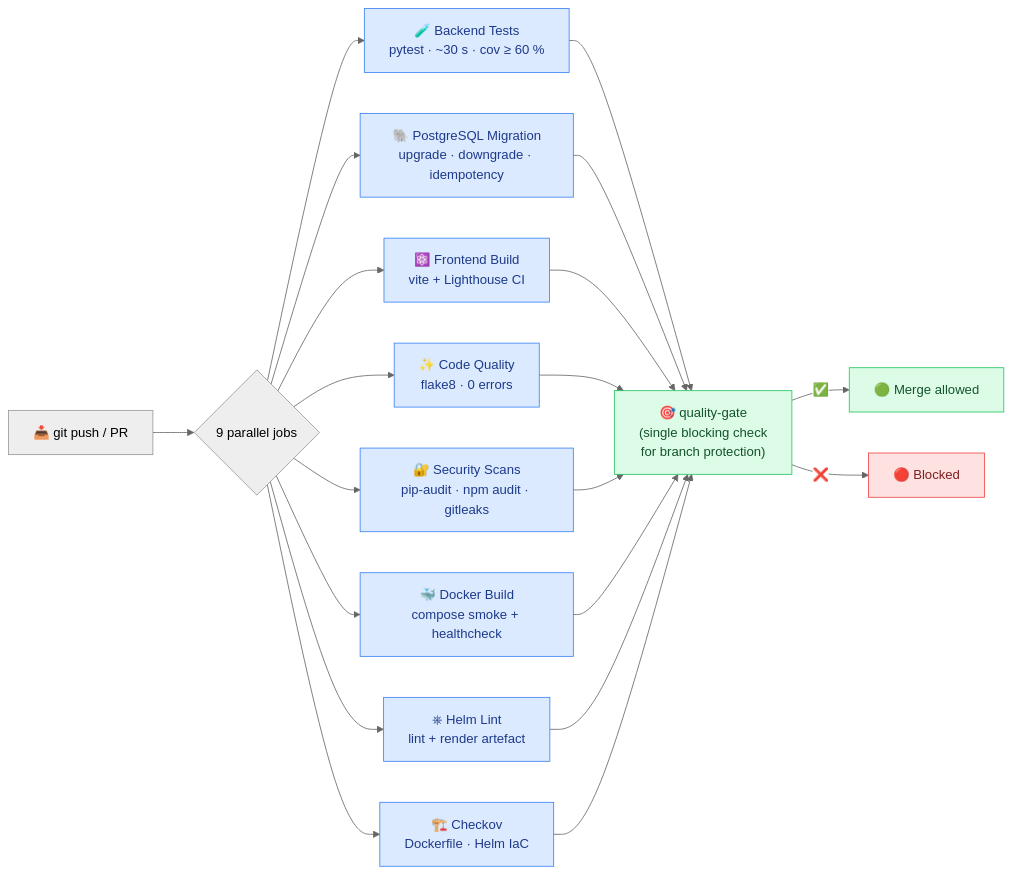
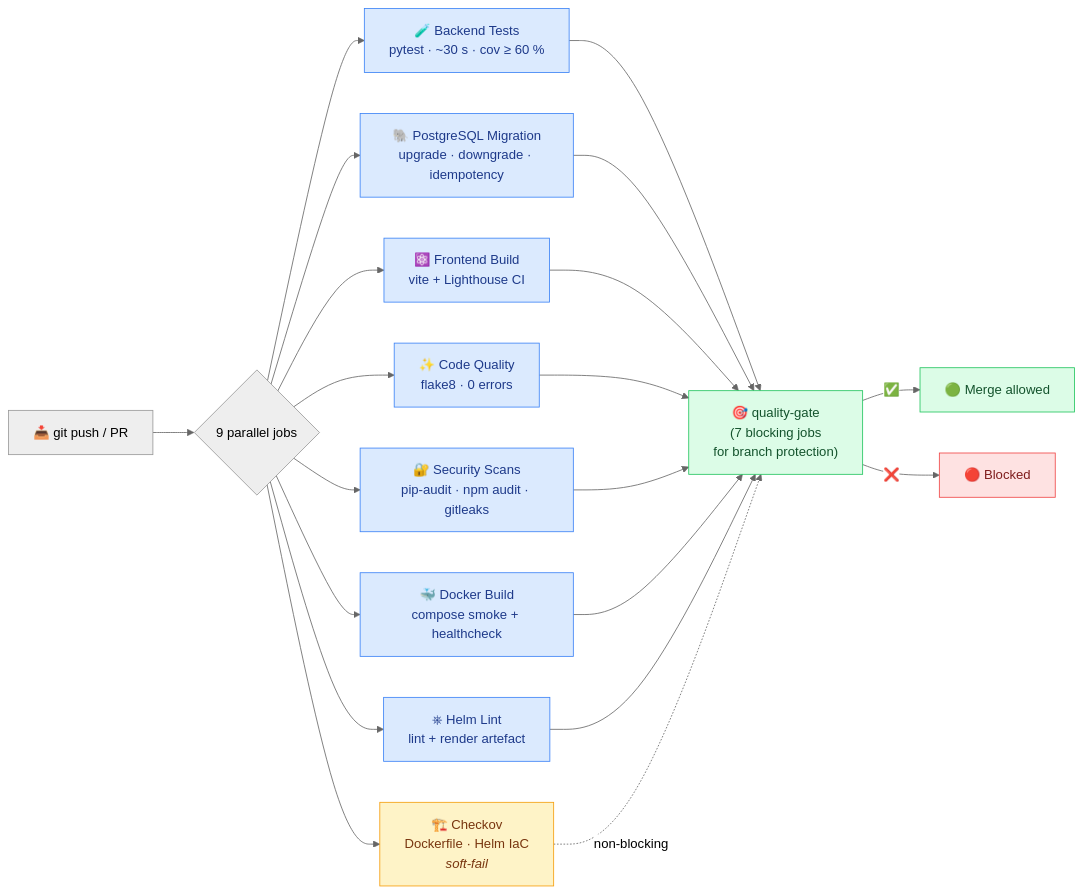
Diagram 16 of 19 in README.md (omarbabba779xx/CyberTwin-SOC), drawn with Mermaid (neutral theme) before and after one commit. The commit also changed other lines of this file and 4 other files, not shown here.

First line of the commit message:
docs: fix audit findings — stale counts, broken favicon, CI diagram accuracy

````diff
--- a/README.md
+++ b/README.md
@@ -1032,24 +1032,27 @@
 ```mermaid
 flowchart LR
     PUSH["📥 git push / PR"] --> JOBS{9 parallel jobs}
 
     JOBS --> J1["🧪 Backend Tests<br/>pytest · ~30 s · cov ≥ 60 %"]
     JOBS --> J2["🐘 PostgreSQL Migration<br/>upgrade · downgrade · idempotency"]
     JOBS --> J3["⚛️ Frontend Build<br/>vite + Lighthouse CI"]
     JOBS --> J4["✨ Code Quality<br/>flake8 · 0 errors"]
     JOBS --> J5["🔐 Security Scans<br/>pip-audit · npm audit · gitleaks"]
     JOBS --> J6["🐳 Docker Build<br/>compose smoke + healthcheck"]
     JOBS --> J7["⎈ Helm Lint<br/>lint + render artefact"]
-    JOBS --> J8["🏗️ Checkov<br/>Dockerfile · Helm IaC"]
+    JOBS --> J8["🏗️ Checkov<br/>Dockerfile · Helm IaC<br/><i>soft-fail</i>"]
 
-    J1 & J2 & J3 & J4 & J5 & J6 & J7 & J8 --> QG["🎯 quality-gate<br/>(single blocking check<br/>for branch protection)"]
+    J1 & J2 & J3 & J4 & J5 & J6 & J7 --> QG["🎯 quality-gate<br/>(7 blocking jobs<br/>for branch protection)"]
+    J8 -.->|non-blocking| QG
     QG -->|✅| MERGE["🟢 Merge allowed"]
     QG -->|❌| BLOCK["🔴 Blocked"]
 
     classDef job fill:#dbeafe,stroke:#3b82f6,color:#1e3a8a
+    classDef soft fill:#fef3c7,stroke:#f59e0b,color:#78350f
     classDef pass fill:#dcfce7,stroke:#22c55e,color:#14532d
     classDef fail fill:#fee2e2,stroke:#ef4444,color:#7f1d1d
-    class J1,J2,J3,J4,J5,J6,J7,J8 job
+    class J1,J2,J3,J4,J5,J6,J7 job
+    class J8 soft
     class QG,MERGE pass
     class BLOCK fail
 ```
````
